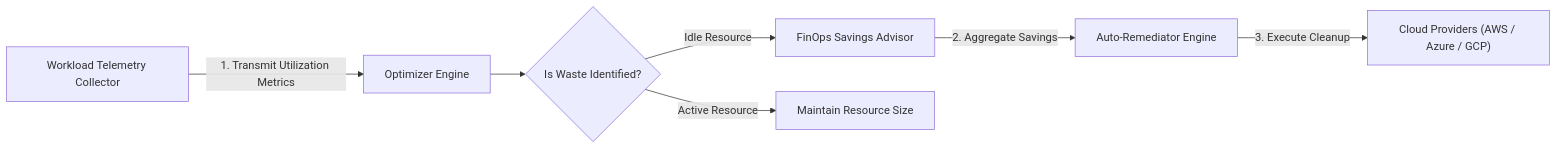
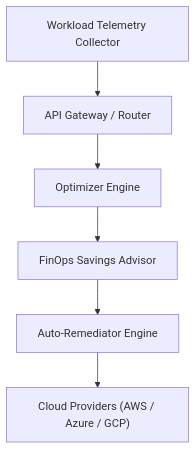
The diagram in docs/ARCHITECTURE.md (Devopstrio/cloud-cost-optimizer), drawn with Mermaid before and after one commit. The commit also changed other lines of this file and 14 other files, not shown here.

````diff
--- a/docs/ARCHITECTURE.md
+++ b/docs/ARCHITECTURE.md
@@ -9,9 +9,8 @@
 ```mermaid
-graph LR
-    Telemetry[Workload Telemetry Collector] -->|1. Transmit Utilization Metrics| Engine[Optimizer Engine]
-    Engine --> IsWaste{Is Waste Identified?}
-    IsWaste -- Idle Resource --> Advisor[FinOps Savings Advisor]
-    IsWaste -- Active Resource --> Maintain[Maintain Resource Size]
-    Advisor -->|2. Aggregate Savings| Remediator[Auto-Remediator Engine]
-    Remediator -->|3. Execute Cleanup| Cloud["Cloud Providers (AWS / Azure / GCP)"]
+graph TD
+    Telemetry[Workload Telemetry Collector] --> Router[API Gateway / Router]
+    Router --> Engine[Optimizer Engine]
+    Engine --> Advisor[FinOps Savings Advisor]
+    Advisor --> Remediator[Auto-Remediator Engine]
+    Remediator --> Cloud["Cloud Providers (AWS / Azure / GCP)"]
 ```
````
